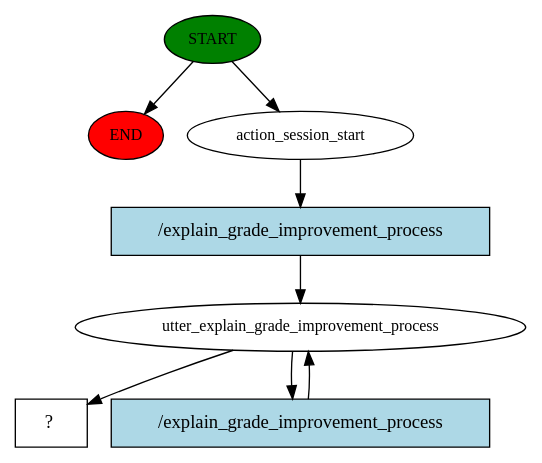
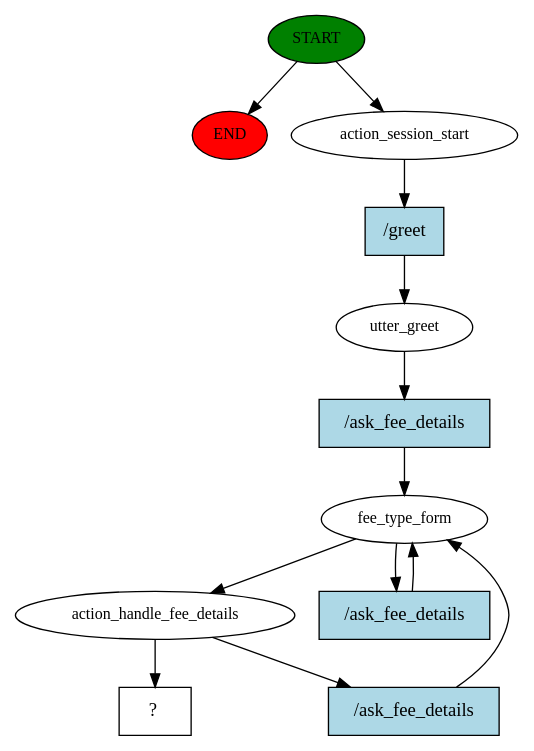
One commit to thapar-Automation-chatbot/University-Chatbot-Pilot changed the diagram in story_graph.dot. Above: the diagram before and after it, drawn with Graphviz. The commit also changed 17 other files, not shown here.

```diff
--- a/story_graph.dot
+++ b/story_graph.dot
@@ -1,16 +1,25 @@
 digraph  {
 0 [class="start active", fillcolor=green, fontsize=12, label=START, style=filled];
 "-1" [class=end, fillcolor=red, fontsize=12, label=END, style=filled];
 1 [class=active, fontsize=12, label=action_session_start];
-2 [class=active, fontsize=12, label=utter_explain_grade_improvement_process];
-4 [class="intent dashed active", label="  ?  ", shape=rect];
-5 [class="intent active", fillcolor=lightblue, label="/explain_grade_improvement_process", shape=rect, style=filled];
-6 [class="intent active", fillcolor=lightblue, label="/explain_grade_improvement_process", shape=rect, style=filled];
+2 [class=active, fontsize=12, label=utter_greet];
+3 [class=active, fontsize=12, label=fee_type_form];
+4 [class=active, fontsize=12, label=action_handle_fee_details];
+10 [class="intent dashed active", label="  ?  ", shape=rect];
+11 [class="intent active", fillcolor=lightblue, label="/greet", shape=rect, style=filled];
+12 [class="intent active", fillcolor=lightblue, label="/ask_fee_details", shape=rect, style=filled];
+13 [class="intent active", fillcolor=lightblue, label="/ask_fee_details", shape=rect, style=filled];
+14 [class="intent active", fillcolor=lightblue, label="/ask_fee_details", shape=rect, style=filled];
 0 -> "-1"  [class="", key=NONE, label=""];
 0 -> 1  [class=active, key=NONE, label=""];
-1 -> 5  [class=active, key=0];
-2 -> 4  [class=active, key=NONE, label=""];
-2 -> 6  [class=active, key=0];
-5 -> 2  [class=active, key=0];
-6 -> 2  [class=active, key=0];
+1 -> 11  [class=active, key=0];
+2 -> 12  [class=active, key=0];
+3 -> 4  [class=active, key=NONE, label=""];
+3 -> 13  [class=active, key=0];
+4 -> 10  [class=active, key=NONE, label=""];
+4 -> 14  [class=active, key=0];
+11 -> 2  [class=active, key=0];
+12 -> 3  [class=active, key=0];
+13 -> 3  [class=active, key=0];
+14 -> 3  [class=active, key=0];
 }
```
